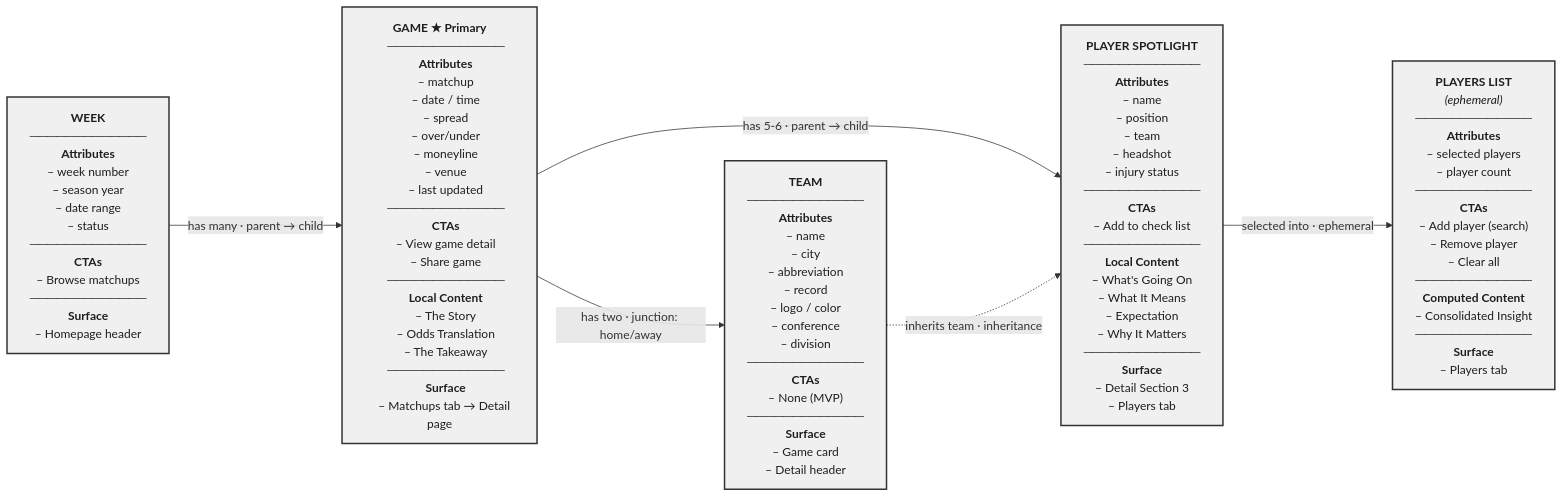
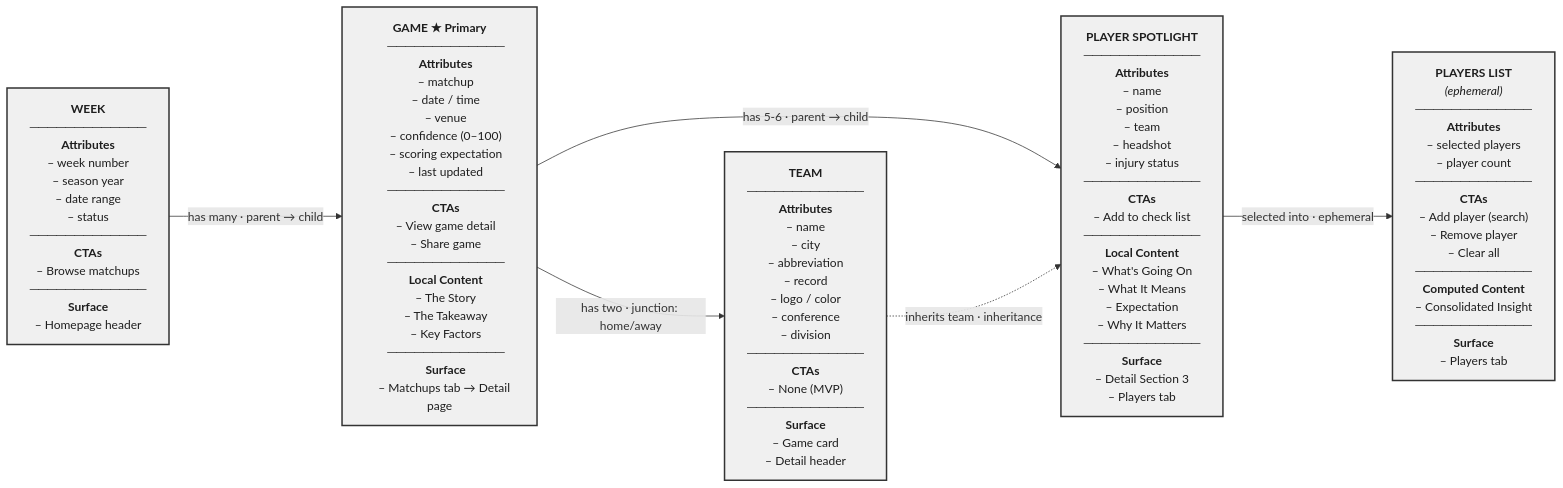
One commit to hdesign-svg/before-you-bet changed the diagram in design/object-model/object_model_diagram.md. Above: the diagram before and after it, drawn with Mermaid. The commit also changed 4 other files, not shown here.

```diff
--- a/design/object-model/object_model_diagram.md
+++ b/design/object-model/object_model_diagram.md
@@ -21,10 +21,9 @@
     <b>Attributes</b>
     – matchup
     – date / time
-    – spread
-    – over/under
-    – moneyline
     – venue
+    – confidence (0–100)
+    – scoring expectation
     – last updated
     ─────────────
     <b>CTAs</b>
@@ -33,8 +32,8 @@
     ─────────────
     <b>Local Content</b>
     – The Story
-    – Odds Translation
     – The Takeaway
+    – Key Factors
     ─────────────
     <b>Surface</b>
     – Matchups tab → Detail page"]
```
